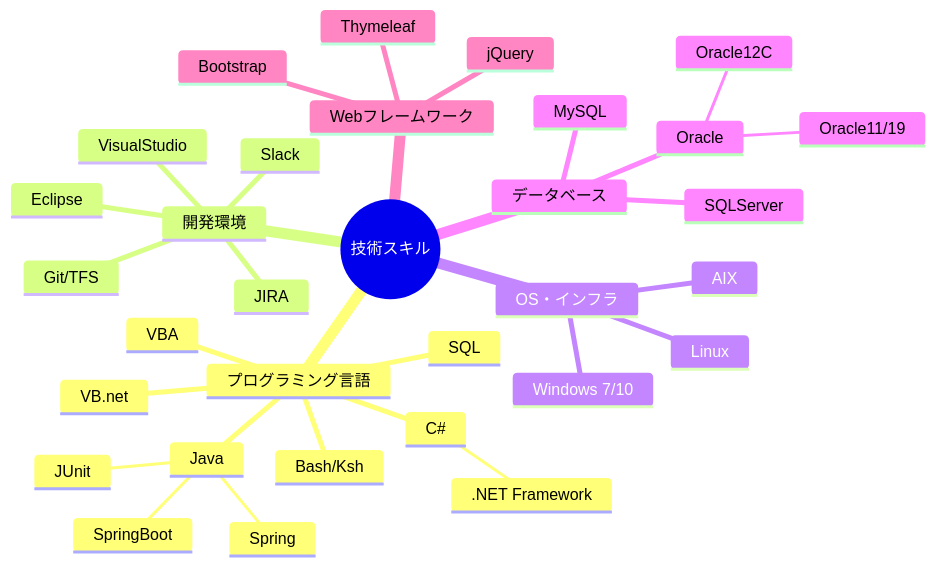
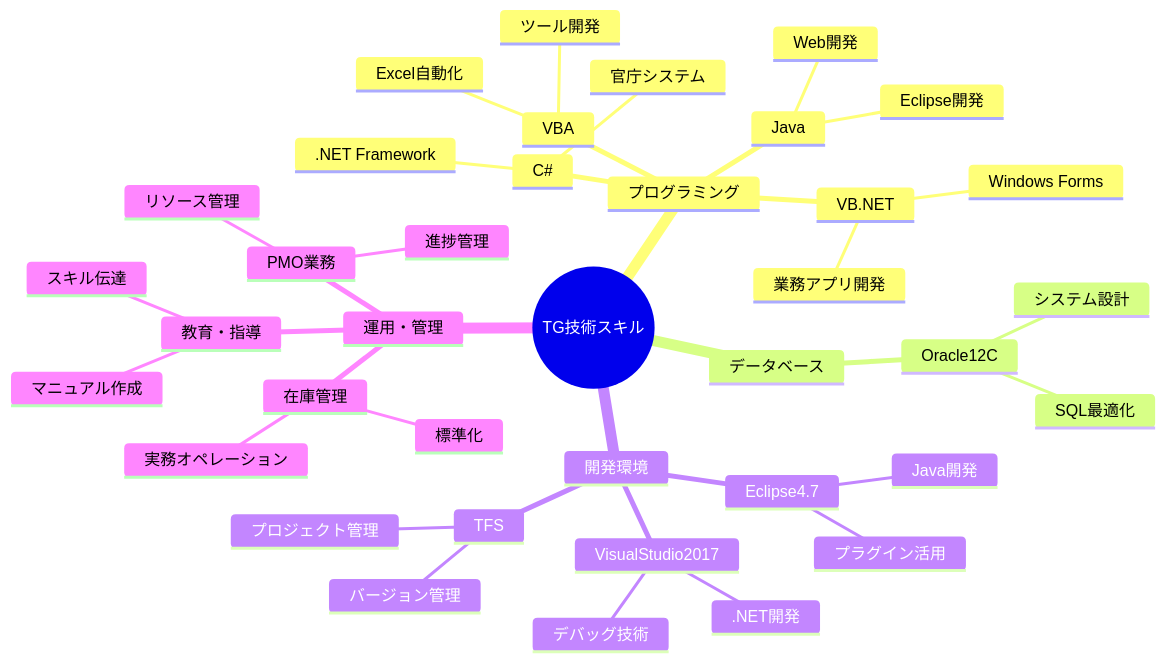
One commit to MasatakaNakamura/xlsx-data-analyzer changed the second of 4 diagrams in docs/TG_経歴書_詳細.md. Above: the diagram before and after it, drawn with Mermaid. The commit also changed other lines of this file and 32 other files, not shown here.

````diff
--- a/docs/TG_経歴書_詳細.md
+++ b/docs/TG_経歴書_詳細.md
@@ -274,35 +138,41 @@
 ```mermaid
 mindmap
-  root((技術スキル))
-    プログラミング言語
-      Java
-        Spring
-        SpringBoot
-        JUnit
+  root((TG技術スキル))
+    プログラミング
+      VB.NET
+        業務アプリ開発
+        Windows Forms
       C#
         .NET Framework
-      VB.net
+        官庁システム
+      Java
+        Web開発
+        Eclipse開発
       VBA
-      SQL
-      Bash/Ksh
+        ツール開発
+        Excel自動化
+    データベース
+      Oracle12C
+        SQL最適化
+        システム設計
     開発環境
-      Eclipse
-      VisualStudio
-      Git/TFS
-      JIRA
-      Slack
-    OS・インフラ
-      Windows 7/10
-      Linux
-      AIX
-    データベース
-      Oracle
-        Oracle11/19
-        Oracle12C
-      SQLServer
-      MySQL
-    Webフレームワーク
-      Thymeleaf
-      Bootstrap
-      jQuery
+      Eclipse4.7
+        Java開発
+        プラグイン活用
+      VisualStudio2017
+        .NET開発
+        デバッグ技術
+      TFS
+        バージョン管理
+        プロジェクト管理
+    運用・管理
+      PMO業務
+        進捗管理
+        リソース管理
+      在庫管理
+        実務オペレーション
+        標準化
+      教育・指導
+        マニュアル作成
+        スキル伝達
 ```
````
